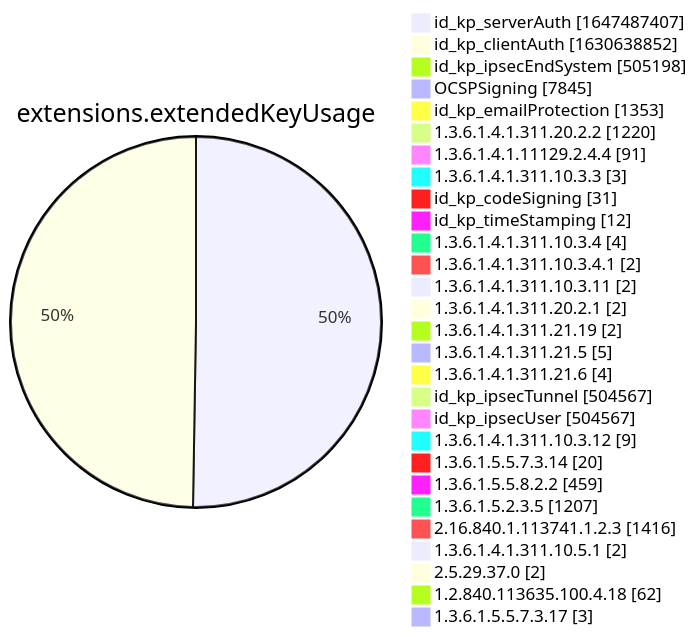
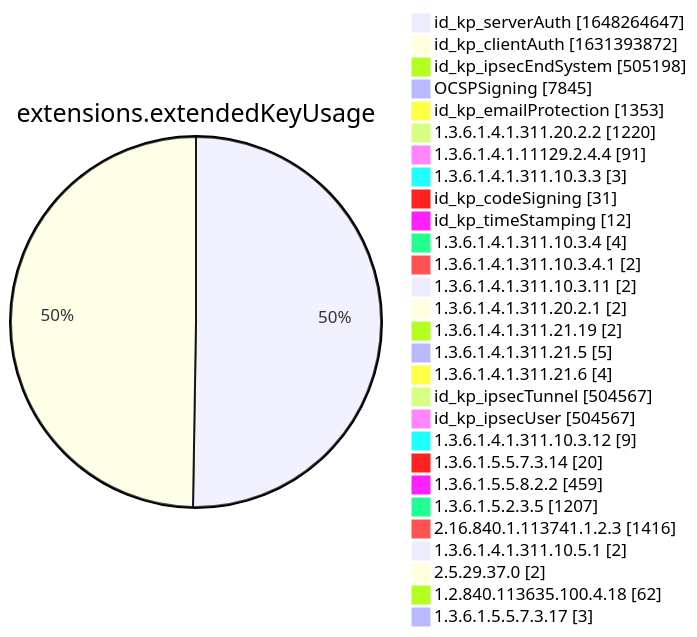
Diagram 12 of 15 in xenon2022/README.md (christiankrug/ctmonitor_visualization), drawn with Mermaid before and after one commit. The commit also changed other lines of this file, not shown here.

````diff
--- a/xenon2022/README.md
+++ b/xenon2022/README.md
@@ -3886,32 +3886,32 @@
 ```mermaid
 pie showData
 title extensions.extendedKeyUsage
-"id_kp_serverAuth" :1647487407
-"id_kp_clientAuth" :1630638852
+"id_kp_serverAuth" :1648264647
+"id_kp_clientAuth" :1631393872
 "id_kp_ipsecEndSystem" :505198
 "OCSPSigning" :7845
 "id_kp_emailProtection" :1353
 "1.3.6.1.4.1.311.20.2.2" :1220
 "1.3.6.1.4.1.11129.2.4.4" :91
 "1.3.6.1.4.1.311.10.3.3" :3
 "id_kp_codeSigning" :31
 "id_kp_timeStamping" :12
 "1.3.6.1.4.1.311.10.3.4" :4
 "1.3.6.1.4.1.311.10.3.4.1" :2
 "1.3.6.1.4.1.311.10.3.11" :2
 "1.3.6.1.4.1.311.20.2.1" :2
 "1.3.6.1.4.1.311.21.19" :2
 "1.3.6.1.4.1.311.21.5" :5
 "1.3.6.1.4.1.311.21.6" :4
 "id_kp_ipsecTunnel" :504567
 "id_kp_ipsecUser" :504567
 "1.3.6.1.4.1.311.10.3.12" :9
 "1.3.6.1.5.5.7.3.14" :20
 "1.3.6.1.5.5.8.2.2" :459
 "1.3.6.1.5.2.3.5" :1207
 "2.16.840.1.113741.1.2.3" :1416
 "1.3.6.1.4.1.311.10.5.1" :2
 "2.5.29.37.0" :2
 "1.2.840.113635.100.4.18" :62
 "1.3.6.1.5.5.7.3.17" :3
 ```
````
